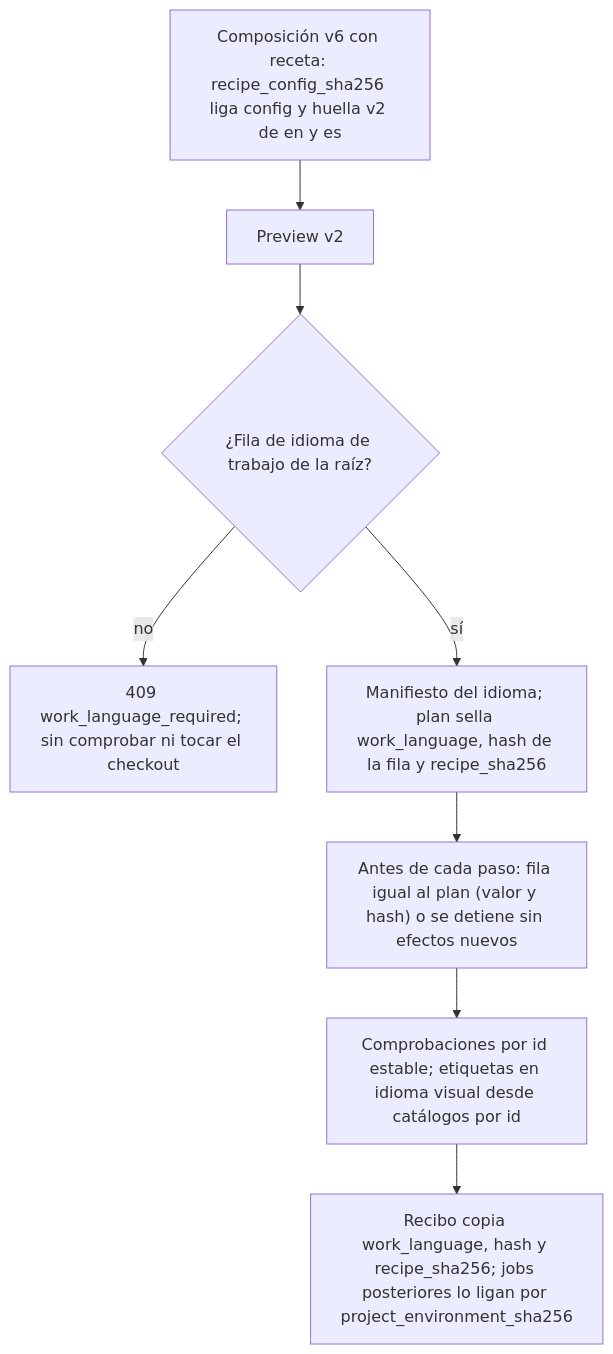
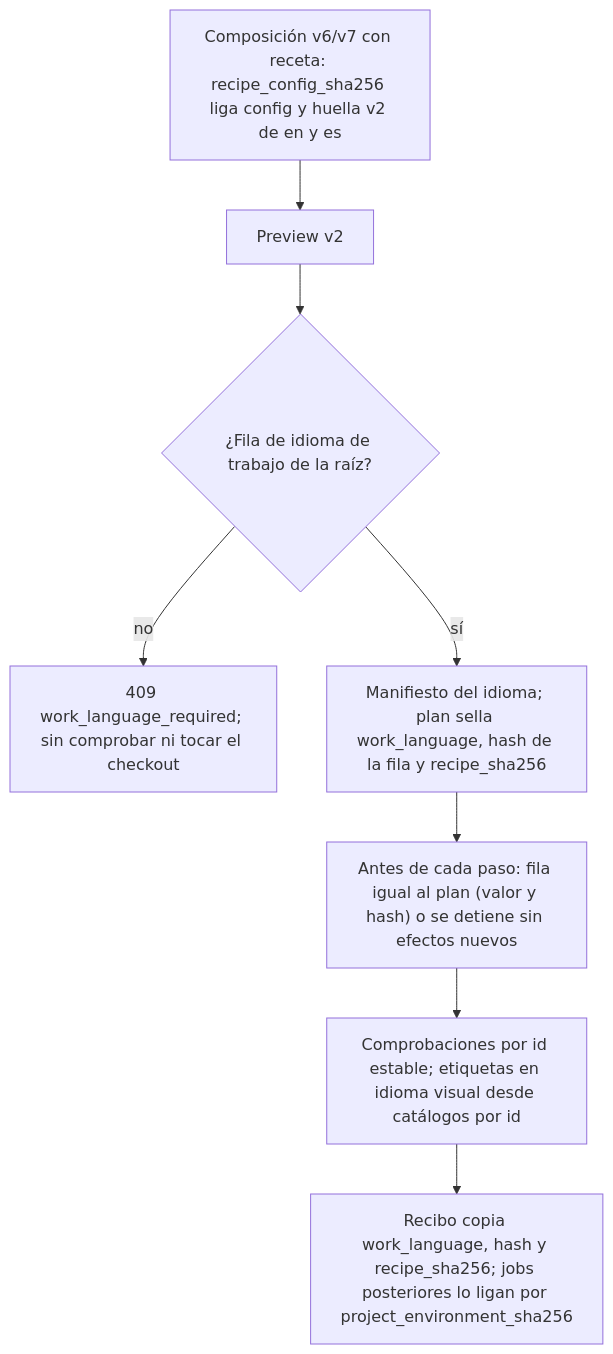
Before and after one commit to AcostaDDev/my-harness-archive: the second of 2 diagrams in docs/flows/project-preparation.md, drawn with Mermaid. The commit also changed other lines of this file and 23 other files, not shown here.

First line of the commit message:
docs: complete P011-T013 semantic audit of diagrams and flows

````diff
--- a/docs/flows/project-preparation.md
+++ b/docs/flows/project-preparation.md
@@ -115,10 +115,10 @@
 ```mermaid
 flowchart TD
-    C["Composición v6 con receta: recipe_config_sha256 liga config y huella v2 de en y es"] --> P["Preview v2"]
+    C["Composición v6/v7 con receta: recipe_config_sha256 liga config y huella v2 de en y es"] --> P["Preview v2"]
     P --> L{"¿Fila de idioma de trabajo de la raíz?"}
     L -- no --> R["409 work_language_required; sin comprobar ni tocar el checkout"]
     L -- sí --> M["Manifiesto del idioma; plan sella work_language, hash de la fila y recipe_sha256"]
     M --> K["Antes de cada paso: fila igual al plan (valor y hash) o se detiene sin efectos nuevos"]
     K --> D["Comprobaciones por id estable; etiquetas en idioma visual desde catálogos por id"]
     D --> T["Recibo copia work_language, hash y recipe_sha256; jobs posteriores lo ligan por project_environment_sha256"]
 ```
````
